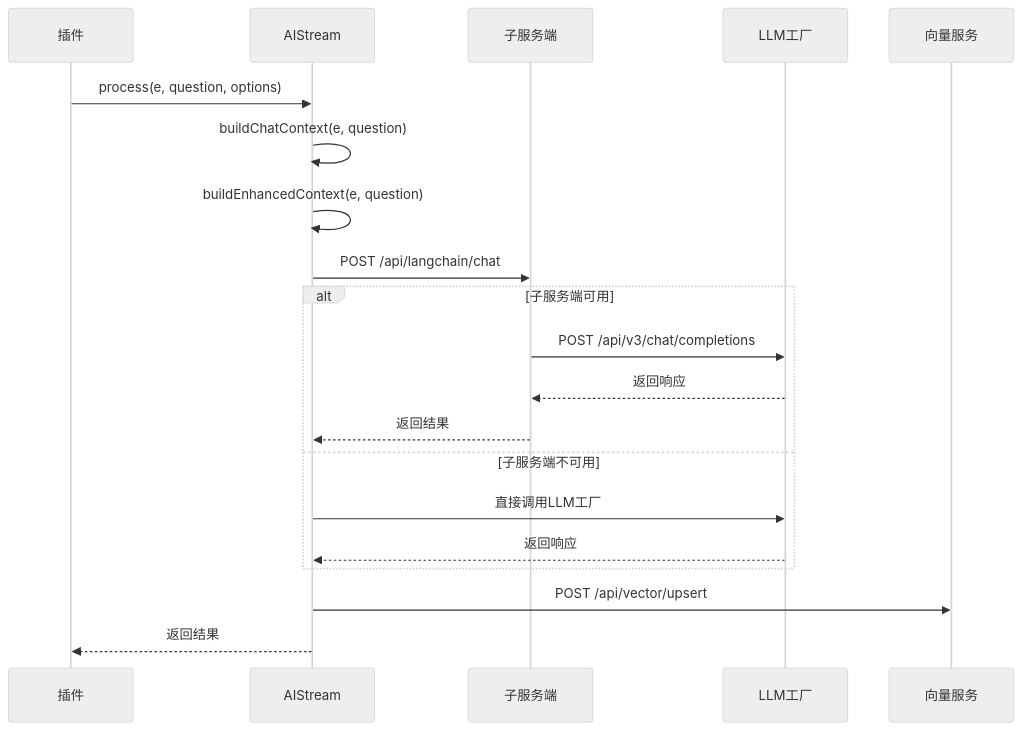
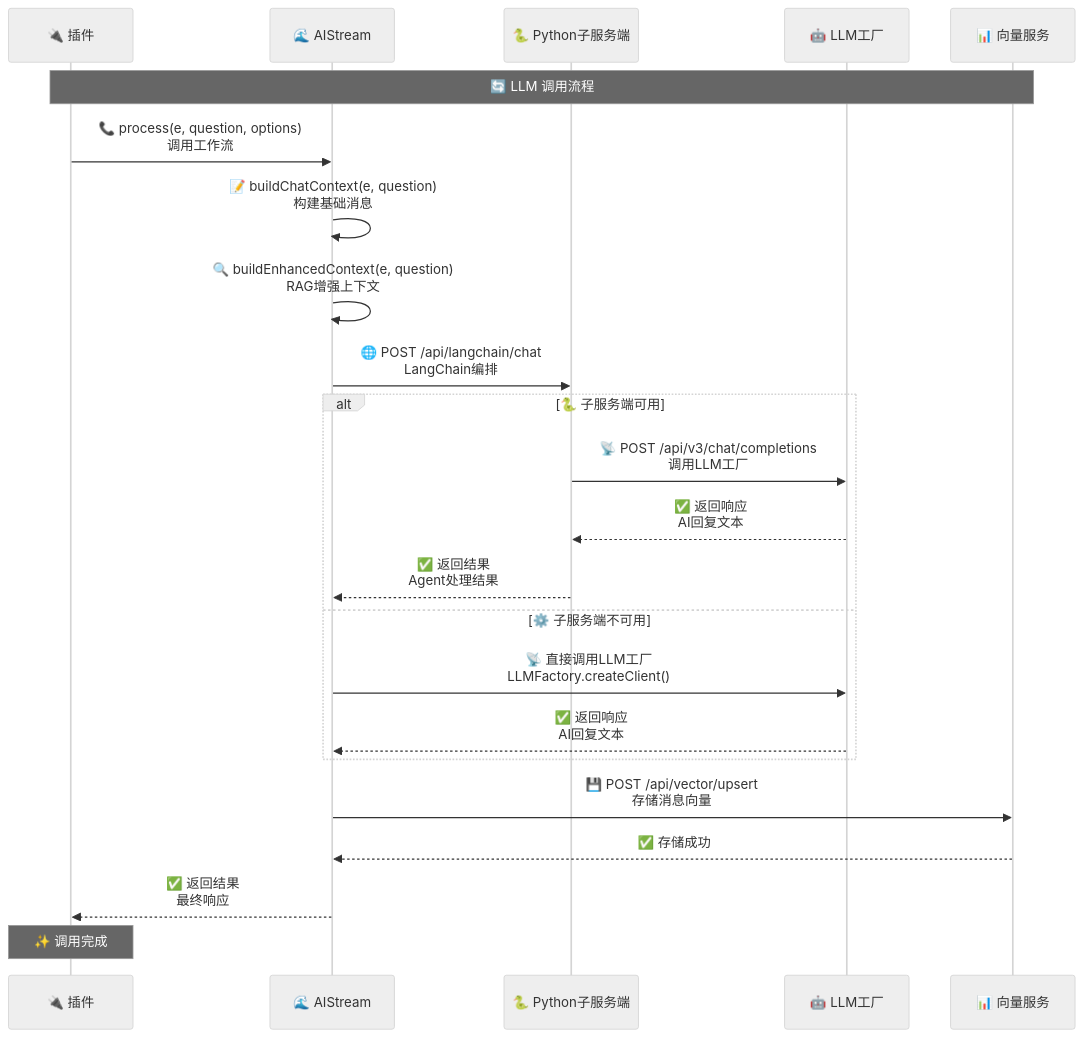
One commit to sunflowermm/XRK-AGT changed the fourth of 5 diagrams in docs/aistream.md. Above: the diagram before and after it, drawn with Mermaid (neutral theme). The commit also changed other lines of this file and 12 other files, not shown here.

````diff
--- a/docs/aistream.md
+++ b/docs/aistream.md
@@ -330,23 +343,30 @@
 ```mermaid
 sequenceDiagram
-    participant Plugin as 插件
-    participant Stream as AIStream
-    participant Subserver as 子服务端
-    participant LLM as LLM工厂
-    participant Vector as 向量服务
+    participant Plugin as 🔌 插件
+    participant Stream as 🌊 AIStream
+    participant Subserver as 🐍 Python子服务端
+    participant LLM as 🤖 LLM工厂
+    participant Vector as 📊 向量服务
     
-    Plugin->>Stream: process(e, question, options)
-    Stream->>Stream: buildChatContext(e, question)
-    Stream->>Stream: buildEnhancedContext(e, question)
-    Stream->>Subserver: POST /api/langchain/chat
-    alt 子服务端可用
-        Subserver->>LLM: POST /api/v3/chat/completions
-        LLM-->>Subserver: 返回响应
-        Subserver-->>Stream: 返回结果
-    else 子服务端不可用
-        Stream->>LLM: 直接调用LLM工厂
-        LLM-->>Stream: 返回响应
+    Note over Plugin,Vector: 🔄 LLM 调用流程
+    
+    Plugin->>Stream: 📞 process(e, question, options)<br/>调用工作流
+    Stream->>Stream: 📝 buildChatContext(e, question)<br/>构建基础消息
+    Stream->>Stream: 🔍 buildEnhancedContext(e, question)<br/>RAG增强上下文
+    Stream->>Subserver: 🌐 POST /api/langchain/chat<br/>LangChain编排
+    
+    alt 🐍 子服务端可用
+        Subserver->>LLM: 📡 POST /api/v3/chat/completions<br/>调用LLM工厂
+        LLM-->>Subserver: ✅ 返回响应<br/>AI回复文本
+        Subserver-->>Stream: ✅ 返回结果<br/>Agent处理结果
+    else ⚙️ 子服务端不可用
+        Stream->>LLM: 📡 直接调用LLM工厂<br/>LLMFactory.createClient()
+        LLM-->>Stream: ✅ 返回响应<br/>AI回复文本
     end
-    Stream->>Vector: POST /api/vector/upsert
-    Stream-->>Plugin: 返回结果
+    
+    Stream->>Vector: 💾 POST /api/vector/upsert<br/>存储消息向量
+    Vector-->>Stream: ✅ 存储成功
+    Stream-->>Plugin: ✅ 返回结果<br/>最终响应
+    
+    Note over Plugin: ✨ 调用完成
 ```
````
